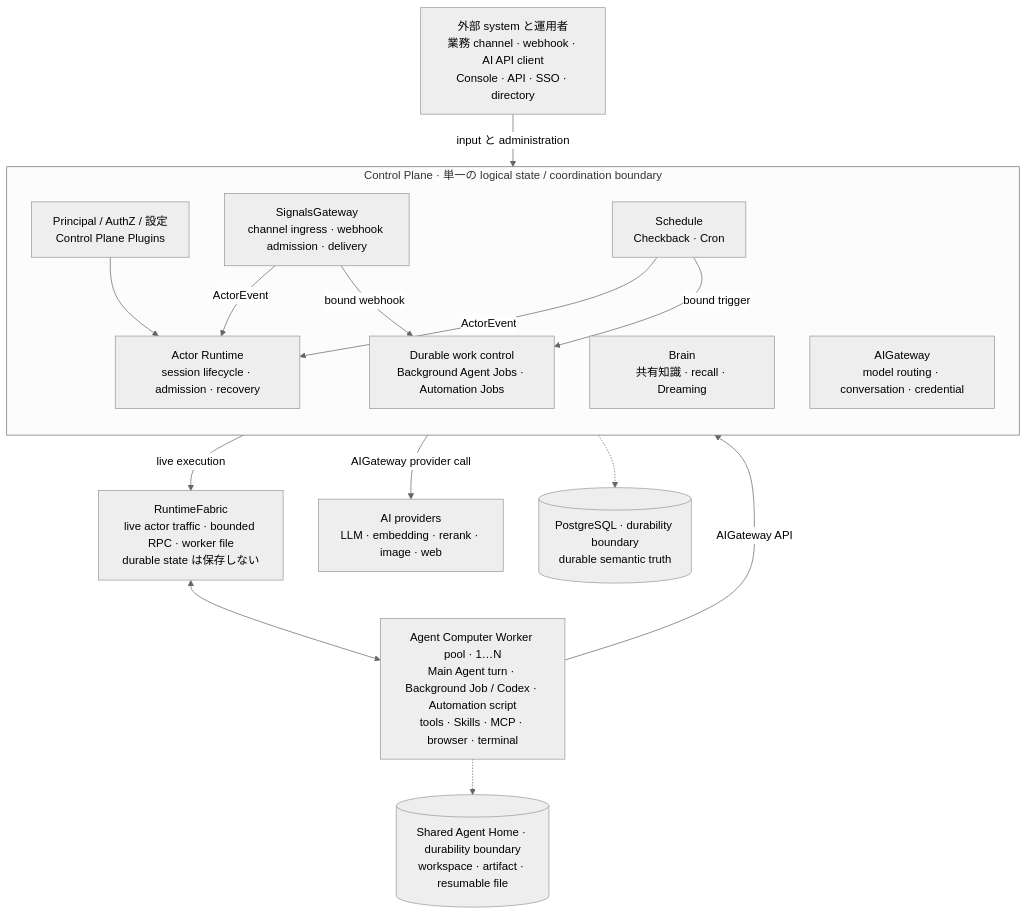
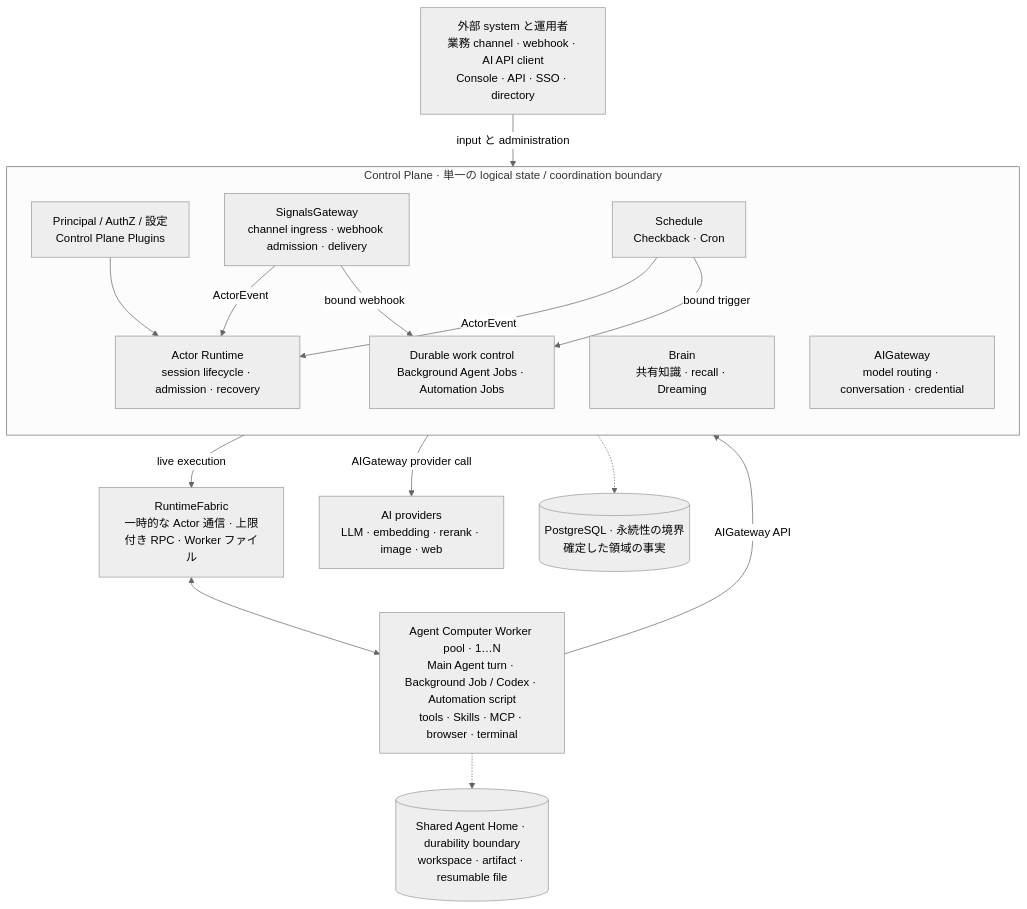
One commit to AgentBull/ankole changed the diagram in README.ja.md. Above: the diagram before and after it, drawn with Mermaid (neutral theme). The commit also changed other lines of this file and 450 other files, not shown here.

````diff
--- a/README.ja.md
+++ b/README.ja.md
@@ -84,35 +72,35 @@
 ```mermaid
 flowchart TB
   External["外部 system と運用者<br/>業務 channel · webhook · AI API client<br/>Console · API · SSO · directory"]
 
   subgraph Control["Control Plane · 単一の logical state / coordination boundary"]
     direction TB
     Platform["Principal / AuthZ / 設定<br/>Control Plane Plugins"]
     SG["SignalsGateway<br/>channel ingress · webhook admission · delivery"]
     Schedule["Schedule<br/>Checkback · Cron"]
     Runtime["Actor Runtime<br/>session lifecycle · admission · recovery"]
     Jobs["Durable work control<br/>Background Agent Jobs · Automation Jobs"]
     Brain["Brain<br/>共有知識 · recall · Dreaming"]
     AI["AIGateway<br/>model routing · conversation · credential"]
   end
 
-  Fabric["RuntimeFabric<br/>live actor traffic · bounded RPC · worker file<br/>durable state は保存しない"]
+  Fabric["RuntimeFabric<br/>一時的な Actor 通信 · 上限付き RPC · Worker ファイル"]
   Workers["Agent Computer Worker pool · 1…N<br/>Main Agent turn · Background Job / Codex · Automation script<br/>tools · Skills · MCP · browser · terminal"]
   Providers["AI providers<br/>LLM · embedding · rerank · image · web"]
 
-  PG[("PostgreSQL · durability boundary<br/>durable semantic truth")]
+  PG[("PostgreSQL · 永続性の境界<br/>確定した領域の事実")]
   Home[("Shared Agent Home · durability boundary<br/>workspace · artifact · resumable file")]
 
   External -->|"input と administration"| Control
   SG -->|"ActorEvent"| Runtime
   Schedule -->|"ActorEvent"| Runtime
   SG -->|"bound webhook"| Jobs
   Schedule -->|"bound trigger"| Jobs
   Platform --> Runtime
   Control -->|"live execution"| Fabric
   Fabric <--> Workers
   Workers -->|"AIGateway API"| Control
   Control -->|"AIGateway provider call"| Providers
   Control -.-> PG
   Workers -.-> Home
 ```
````
